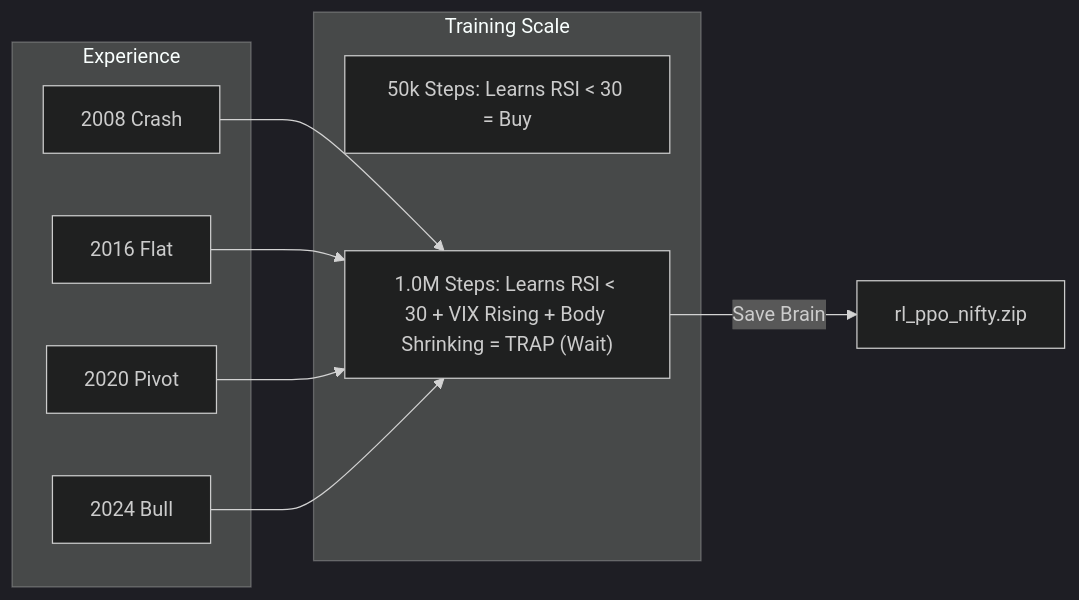
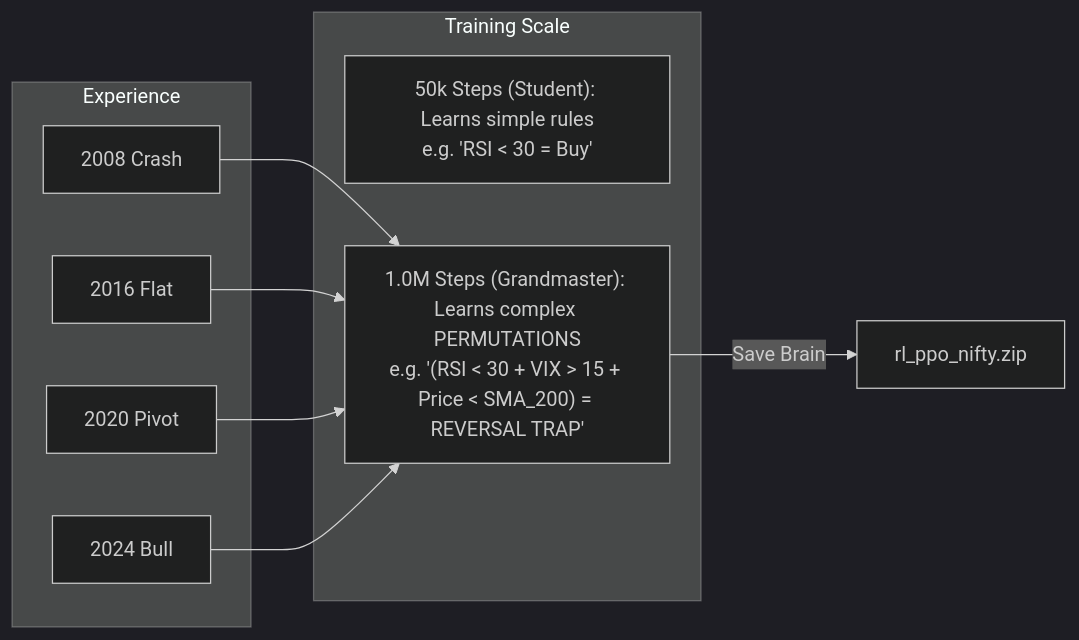
Before and after one commit to pravindev666/Tradyx-Aleph: the second of 5 diagrams in README.md, drawn with Mermaid (dark theme). The commit also changed other lines of this file, not shown here.

````diff
--- a/README.md
+++ b/README.md
@@ -75,17 +75,17 @@
 ```mermaid
 graph LR
     subgraph "Experience"
         D1["2008 Crash"]
         D2["2016 Flat"]
         D3["2020 Pivot"]
         D4["2024 Bull"]
     end
 
     subgraph "Training Scale"
-        S1["50k Steps: Learns RSI < 30 = Buy"]
-        S2["1.0M Steps: Learns RSI < 30 + VIX Rising + Body Shrinking = TRAP (Wait)"]
+        S1["50k Steps (Student): Learns simple rules\ne.g. 'RSI < 30 = Buy'"]
+        S2["1.0M Steps (Grandmaster): Learns complex PERMUTATIONS\ne.g. '(RSI < 30 + VIX > 15 + Price < SMA_200) = REVERSAL TRAP'"]
     end
 
     D1 & D2 & D3 & D4 --> S2
     S2 -->|Save Brain| RL["rl_ppo_nifty.zip"]
 ```
````
